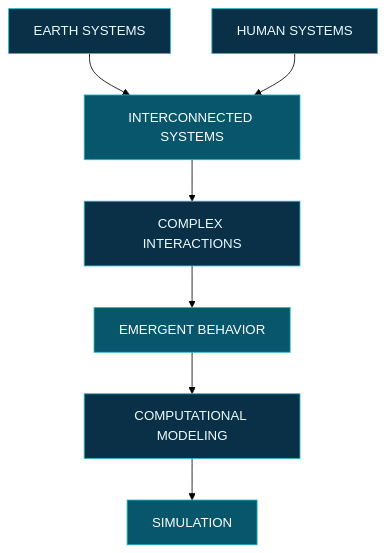
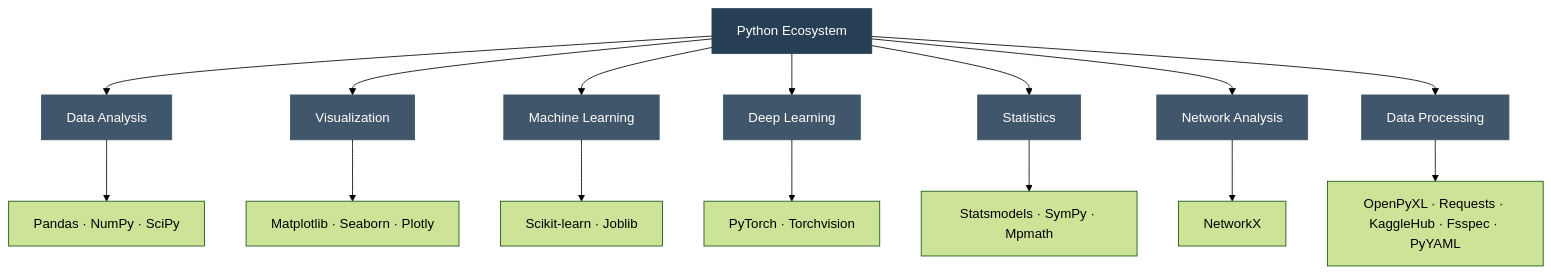
One commit to alaamd-1000/alaamd-1000 changed the second of 2 diagrams in README.md. Above: the diagram before and after it, drawn with Mermaid (forest theme). The commit also changed other lines of this file, not shown here.

````diff
--- a/README.md
+++ b/README.md
@@ -126,17 +30,29 @@
 ```mermaid
-graph TD
-    A["EARTH SYSTEMS"] --> C["INTERCONNECTED SYSTEMS"]
-    B["HUMAN SYSTEMS"] --> C
-    C --> D["COMPLEX INTERACTIONS"]
-    D --> E["EMERGENT BEHAVIOR"]
-    E --> F["COMPUTATIONAL MODELING"]
-    F --> G["SIMULATION"]
+flowchart TD
+    A["Python Ecosystem"]
 
-    style A fill:#0A3047,color:#EAFBFF,stroke:#25B9C8
-    style B fill:#0A3047,color:#EAFBFF,stroke:#25B9C8
-    style C fill:#07566B,color:#FFFFFF,stroke:#25B9C8
-    style D fill:#0A3047,color:#EAFBFF,stroke:#25B9C8
-    style E fill:#07566B,color:#FFFFFF,stroke:#25B9C8
-    style F fill:#0A3047,color:#EAFBFF,stroke:#25B9C8
-    style G fill:#07566B,color:#FFFFFF,stroke:#25B9C8
+    A --> B["Data Analysis"]
+    A --> C["Visualization"]
+    A --> D["Machine Learning"]
+    A --> E["Deep Learning"]
+    A --> F["Statistics"]
+    A --> G["Network Analysis"]
+    A --> H["Data Processing"]
+
+    B --> B1["Pandas · NumPy · SciPy"]
+    C --> C1["Matplotlib · Seaborn · Plotly"]
+    D --> D1["Scikit-learn · Joblib"]
+    E --> E1["PyTorch · Torchvision"]
+    F --> F1["Statsmodels · SymPy · Mpmath"]
+    G --> G1["NetworkX"]
+    H --> H1["OpenPyXL · Requests · KaggleHub · Fsspec · PyYAML"]
+
+    style A fill:#263F55,color:#fff,stroke:#263F55
+    style B fill:#40566A,color:#fff,stroke:#40566A
+    style C fill:#40566A,color:#fff,stroke:#40566A
+    style D fill:#40566A,color:#fff,stroke:#40566A
+    style E fill:#40566A,color:#fff,stroke:#40566A
+    style F fill:#40566A,color:#fff,stroke:#40566A
+    style G fill:#40566A,color:#fff,stroke:#40566A
+    style H fill:#40566A,color:#fff,stroke:#40566A
 ```
````
